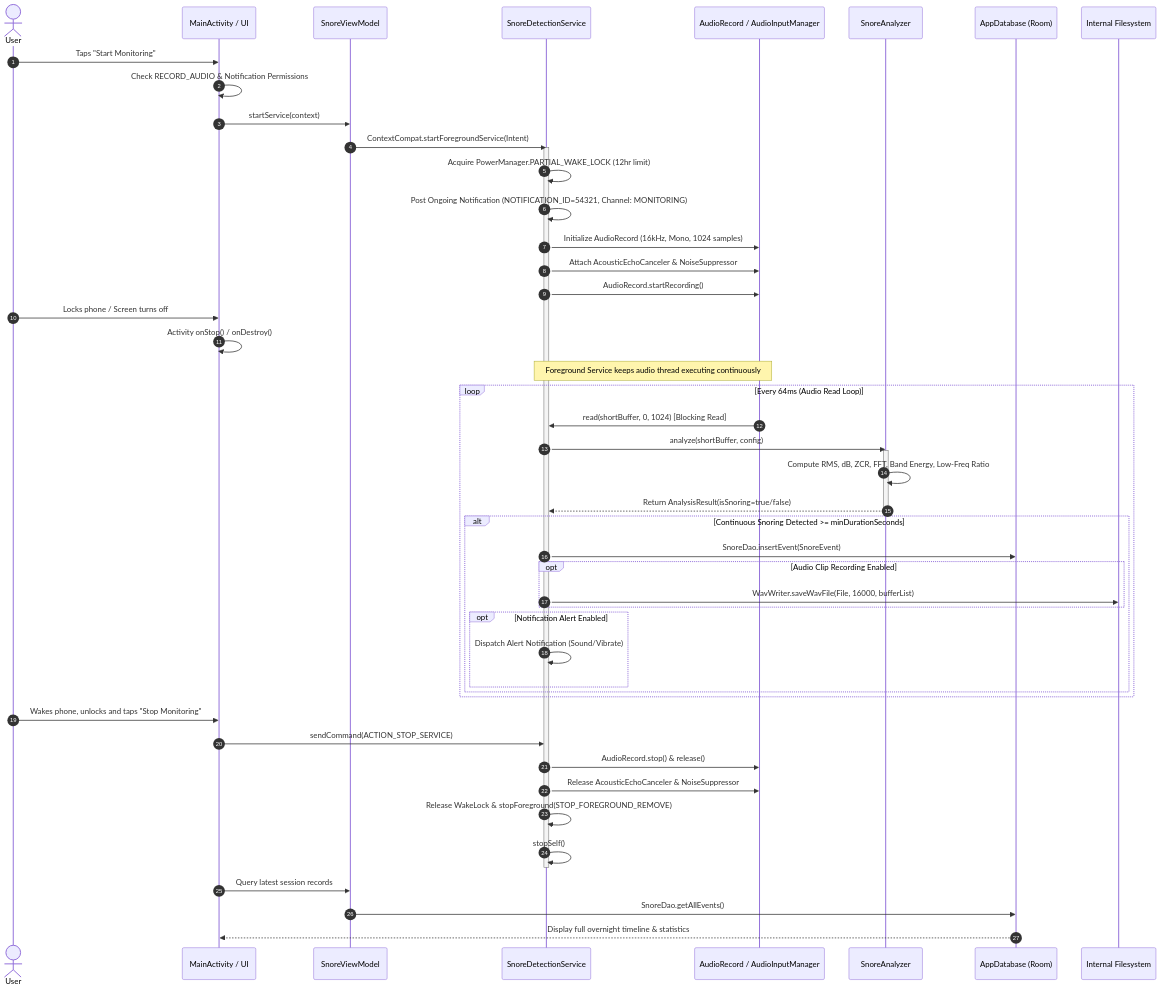
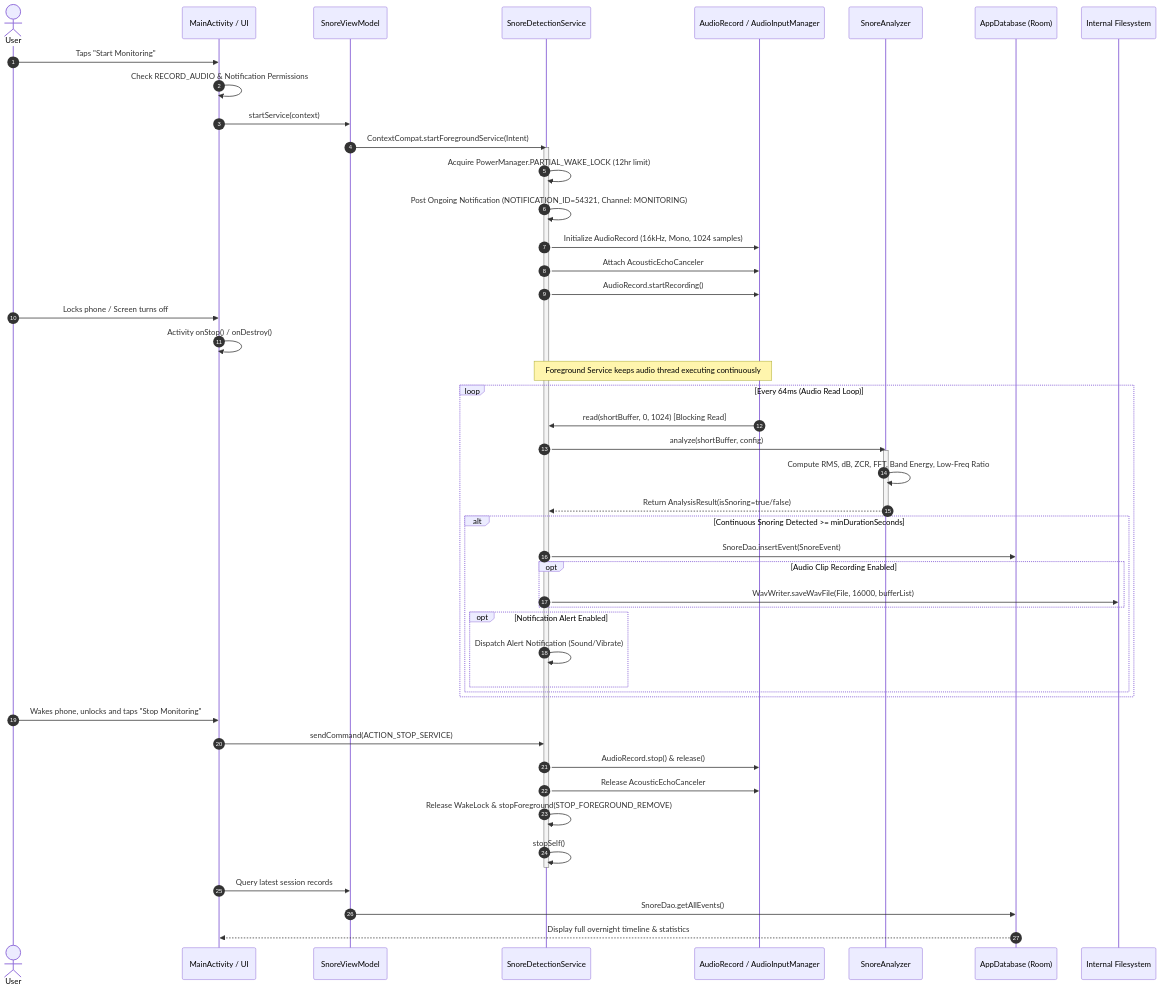
One commit to elgrande73/FOSS-snore-detector-android-app changed the fourth of 10 diagrams in ARCHITECTURE.md. Above: the diagram before and after it, drawn with Mermaid. The commit also changed other lines of this file and 7 other files, not shown here.

````diff
--- a/ARCHITECTURE.md
+++ b/ARCHITECTURE.md
@@ -224,59 +224,59 @@
 ```mermaid
 sequenceDiagram
     autonumber
     actor User
     participant UI as MainActivity / UI
     participant VM as SnoreViewModel
     participant Srv as SnoreDetectionService
     participant HAL as AudioRecord / AudioInputManager
     participant DSP as SnoreAnalyzer
     participant DB as AppDatabase (Room)
     participant Storage as Internal Filesystem
 
     User->>UI: Taps "Start Monitoring"
     UI->>UI: Check RECORD_AUDIO & Notification Permissions
     UI->>VM: startService(context)
     VM->>Srv: ContextCompat.startForegroundService(Intent)
     
     activate Srv
     Srv->>Srv: Acquire PowerManager.PARTIAL_WAKE_LOCK (12hr limit)
     Srv->>Srv: Post Ongoing Notification (NOTIFICATION_ID=54321, Channel: MONITORING)
     Srv->>HAL: Initialize AudioRecord (16kHz, Mono, 1024 samples)
-    Srv->>HAL: Attach AcousticEchoCanceler & NoiseSuppressor
+    Srv->>HAL: Attach AcousticEchoCanceler
     Srv->>HAL: AudioRecord.startRecording()
     
     User->>UI: Locks phone / Screen turns off
     UI->>UI: Activity onStop() / onDestroy()
     Note over Srv,HAL: Foreground Service keeps audio thread executing continuously
     
     loop Every 64ms (Audio Read Loop)
         HAL->>Srv: read(shortBuffer, 0, 1024) [Blocking Read]
         Srv->>DSP: analyze(shortBuffer, config)
         activate DSP
         DSP->>DSP: Compute RMS, dB, ZCR, FFT, Band Energy, Low-Freq Ratio
         DSP-->>Srv: Return AnalysisResult(isSnoring=true/false)
         deactivate DSP
         
         alt Continuous Snoring Detected >= minDurationSeconds
             Srv->>DB: SnoreDao.insertEvent(SnoreEvent)
             opt Audio Clip Recording Enabled
                 Srv->>Storage: WavWriter.saveWavFile(File, 16000, bufferList)
             end
             opt Notification Alert Enabled
                 Srv->>Srv: Dispatch Alert Notification (Sound/Vibrate)
             end
         end
     end
 
     User->>UI: Wakes phone, unlocks and taps "Stop Monitoring"
     UI->>Srv: sendCommand(ACTION_STOP_SERVICE)
     Srv->>HAL: AudioRecord.stop() & release()
-    Srv->>HAL: Release AcousticEchoCanceler & NoiseSuppressor
+    Srv->>HAL: Release AcousticEchoCanceler
     Srv->>Srv: Release WakeLock & stopForeground(STOP_FOREGROUND_REMOVE)
     Srv->>Srv: stopSelf()
     deactivate Srv
     
     UI->>VM: Query latest session records
     VM->>DB: SnoreDao.getAllEvents()
     DB-->>UI: Display full overnight timeline & statistics
 ```
````
